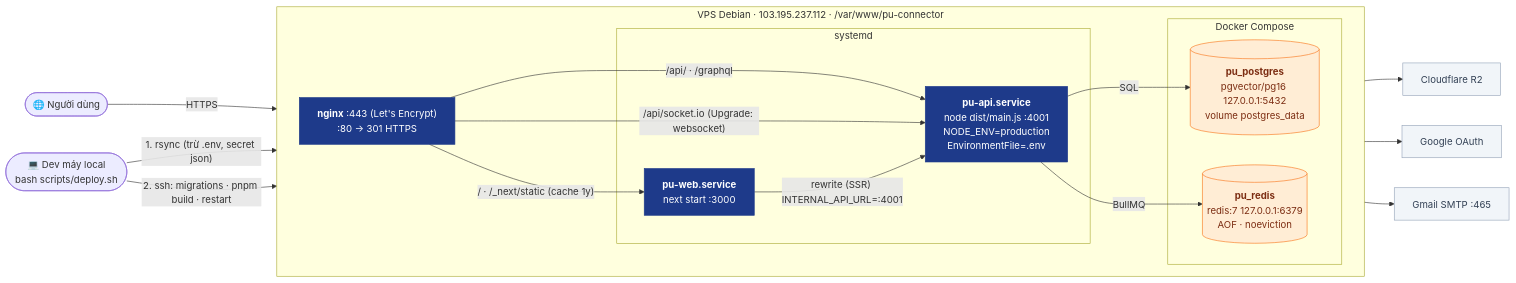
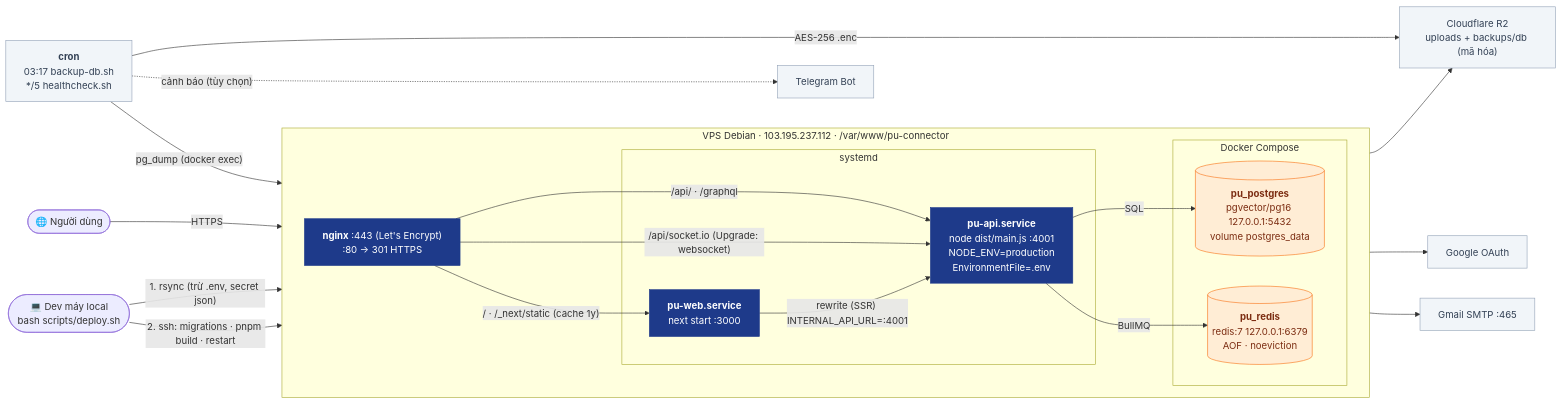
One commit to nhatcoi/pu-connect changed the first of 2 diagrams in docs/diagrams/06-deployment.md. Above: the diagram before and after it, drawn with Mermaid. The commit also changed other lines of this file and 9 other files, not shown here.

````diff
--- a/docs/diagrams/06-deployment.md
+++ b/docs/diagrams/06-deployment.md
@@ -5,41 +5,45 @@
 ```mermaid
 flowchart LR
   user(["🌐 Người dùng"])
   dev(["💻 Dev máy local<br/>bash scripts/deploy.sh"])
 
   subgraph VPS["VPS Debian · 103.195.237.112 · /var/www/pu-connector"]
     direction LR
     nginx["<b>nginx</b> :443 (Let's Encrypt)<br/>:80 → 301 HTTPS"]
     subgraph systemd["systemd"]
       web["<b>pu-web.service</b><br/>next start :3000"]
       api["<b>pu-api.service</b><br/>node dist/main.js :4001<br/>NODE_ENV=production<br/>EnvironmentFile=.env"]
     end
     subgraph docker["Docker Compose"]
       pg[("<b>pu_postgres</b><br/>pgvector/pg16 127.0.0.1:5432<br/>volume postgres_data")]
       redis[("<b>pu_redis</b><br/>redis:7 127.0.0.1:6379<br/>AOF · noeviction")]
     end
   end
 
-  r2["Cloudflare R2"]
+  r2["Cloudflare R2<br/>uploads + backups/db (mã hóa)"]
   google["Google OAuth"]
   gmail["Gmail SMTP :465"]
 
   user -->|HTTPS| nginx
   nginx -->|"/  ·  /_next/static (cache 1y)"| web
   nginx -->|"/api/  ·  /graphql"| api
   nginx -->|"/api/socket.io (Upgrade: websocket)"| api
   web -->|"rewrite (SSR) INTERNAL_API_URL=:4001"| api
   api -->|SQL| pg
   api -->|BullMQ| redis
   api --> r2 & google & gmail
+  cron["<b>cron</b><br/>03:17 backup-db.sh<br/>*/5 healthcheck.sh"]
+  cron -->|"pg_dump (docker exec)"| pg
+  cron -->|"AES-256 .enc"| r2
+  cron -.->|"cảnh báo (tùy chọn)"| tg["Telegram Bot"]
 
   dev -->|"1. rsync (trừ .env, secret json)"| VPS
   dev -->|"2. ssh: migrations · pnpm build · restart"| VPS
 
   classDef app fill:#1e3a8a,stroke:#1e3a8a,color:#fff
   classDef store fill:#ffedd5,stroke:#f97316,color:#7c2d12
   classDef external fill:#f1f5f9,stroke:#94a3b8,color:#334155
   class web,api,nginx app
   class pg,redis store
-  class r2,google,gmail external
+  class r2,google,gmail,tg,cron external
 ```
````
